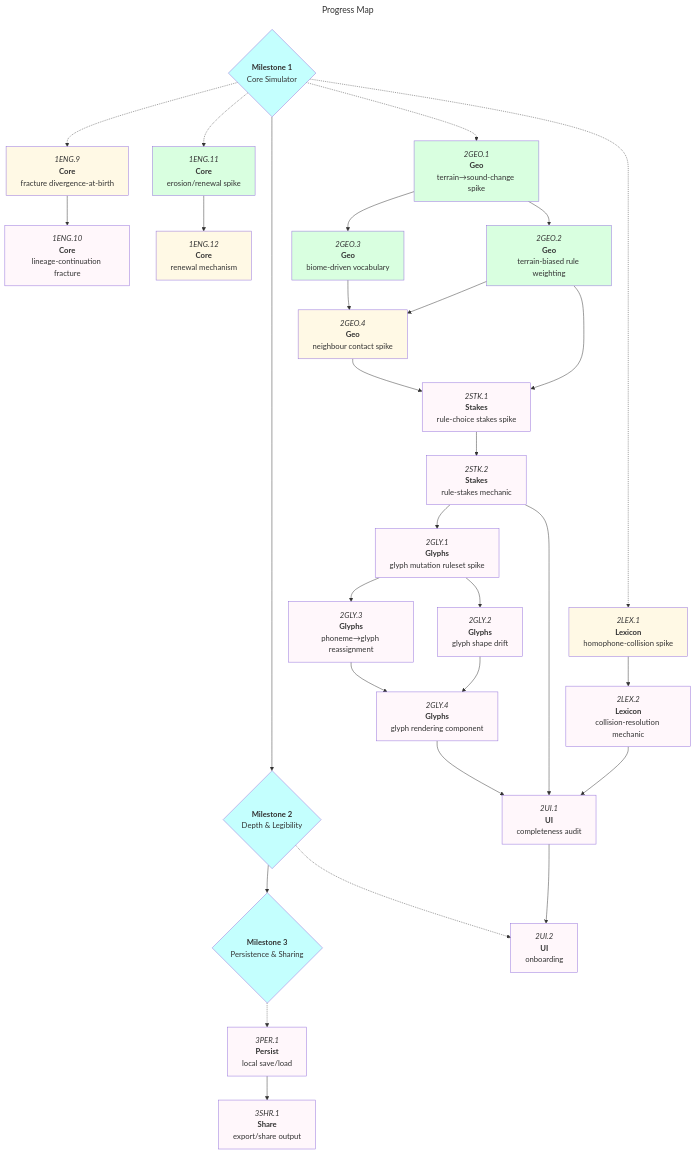
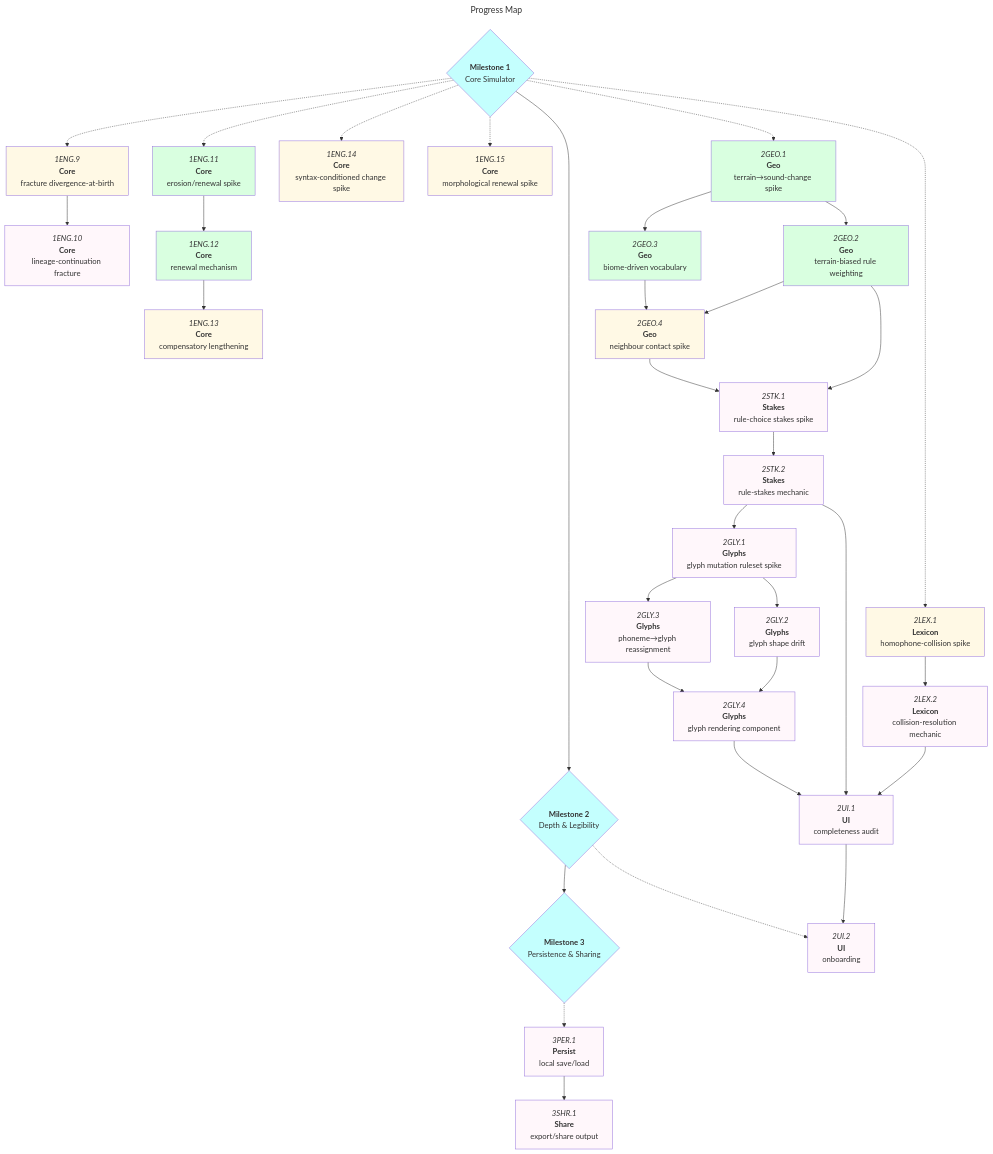
One commit to JasonWarrenUK/the-tongue changed the diagram in docs/roadmaps/mvp.md. Above: the diagram before and after it, drawn with Mermaid. The commit also changed other lines of this file and 5 other files, not shown here.

````diff
--- a/docs/roadmaps/mvp.md
+++ b/docs/roadmaps/mvp.md
@@ -106,70 +109,76 @@
 ```mermaid
 ---
 title: Progress Map
 ---
 graph TD
 
 m1{"`**Milestone 1**<br/>Core Simulator`"}:::mile
 m2{"`**Milestone 2**<br/>Depth & Legibility`"}:::mile
 m3{"`**Milestone 3**<br/>Persistence & Sharing`"}:::mile
 
 m1 --> m2
 m2 --> m3
 
 1ENG9["`*1ENG.9*<br/>**Core**<br/>fracture divergence-at-birth`"]:::open
 1ENG10["`*1ENG.10*<br/>**Core**<br/>lineage-continuation fracture`"]
 1ENG11["`*1ENG.11*<br/>**Core**<br/>erosion/renewal spike`"]:::done
-1ENG12["`*1ENG.12*<br/>**Core**<br/>renewal mechanism`"]:::open
+1ENG12["`*1ENG.12*<br/>**Core**<br/>renewal mechanism`"]:::done
+1ENG13["`*1ENG.13*<br/>**Core**<br/>compensatory lengthening`"]:::open
+1ENG14["`*1ENG.14*<br/>**Core**<br/>syntax-conditioned change spike`"]:::open
+1ENG15["`*1ENG.15*<br/>**Core**<br/>morphological renewal spike`"]:::open
 
 2GEO.1["`*2GEO.1*<br/>**Geo**<br/>terrain→sound-change spike`"]:::done
 2GEO.2["`*2GEO.2*<br/>**Geo**<br/>terrain-biased rule weighting`"]:::done
 2GEO.3["`*2GEO.3*<br/>**Geo**<br/>biome-driven vocabulary`"]:::done
 2GEO.4["`*2GEO.4*<br/>**Geo**<br/>neighbour contact spike`"]:::open
 2STK.1["`*2STK.1*<br/>**Stakes**<br/>rule-choice stakes spike`"]
 2STK.2["`*2STK.2*<br/>**Stakes**<br/>rule-stakes mechanic`"]
 2GLY.1["`*2GLY.1*<br/>**Glyphs**<br/>glyph mutation ruleset spike`"]
 2GLY.2["`*2GLY.2*<br/>**Glyphs**<br/>glyph shape drift`"]
 2GLY.3["`*2GLY.3*<br/>**Glyphs**<br/>phoneme→glyph reassignment`"]
 2GLY.4["`*2GLY.4*<br/>**Glyphs**<br/>glyph rendering component`"]
 2LEX1["`*2LEX.1*<br/>**Lexicon**<br/>homophone-collision spike`"]:::open
 2LEX2["`*2LEX.2*<br/>**Lexicon**<br/>collision-resolution mechanic`"]
 2UI.1["`*2UI.1*<br/>**UI**<br/>completeness audit`"]
 2UI.2["`*2UI.2*<br/>**UI**<br/>onboarding`"]
 
 3PER.1["`*3PER.1*<br/>**Persist**<br/>local save/load`"]
 3SHR.1["`*3SHR.1*<br/>**Share**<br/>export/share output`"]
 
 1ENG9 --> 1ENG10
 1ENG11 --> 1ENG12
+1ENG12 --> 1ENG13
 
 2GEO.1 --> 2GEO.2
 2GEO.1 --> 2GEO.3
 2GEO.2 --> 2GEO.4
 2GEO.3 --> 2GEO.4
 2GEO.2 --> 2STK.1
 2GEO.4 --> 2STK.1
 2STK.1 --> 2STK.2
 2STK.2 --> 2GLY.1
 2GLY.1 --> 2GLY.2
 2GLY.1 --> 2GLY.3
 2GLY.2 --> 2GLY.4
 2GLY.3 --> 2GLY.4
 2LEX1 --> 2LEX2
 2LEX2 --> 2UI.1
 2STK.2 --> 2UI.1
 2GLY.4 --> 2UI.1
 2UI.1 --> 2UI.2
 3PER.1 --> 3SHR.1
 
 m1 -.-> 2GEO.1
 m1 -.-> 1ENG9
 m1 -.-> 1ENG11
+m1 -.-> 1ENG14
+m1 -.-> 1ENG15
 m1 -.-> 2LEX1
 m2 -.-> 2UI.2
 m3 -.-> 3PER.1
 
 classDef default,blocked fill:#fff7fb;
 classDef open fill:#fff9e5;
 classDef done fill:#d9ffe0;
 classDef mile fill:#c4fffe;
 ```
````
